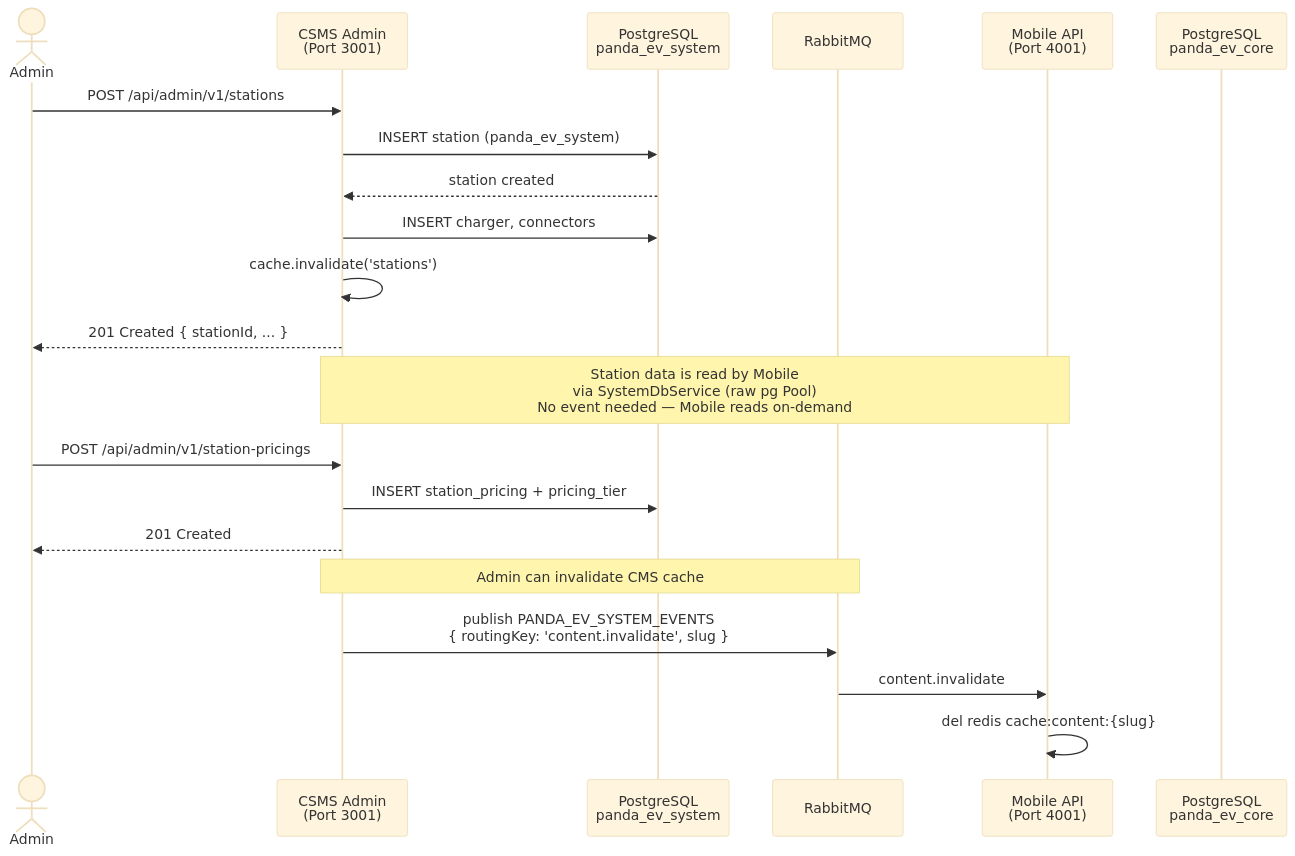
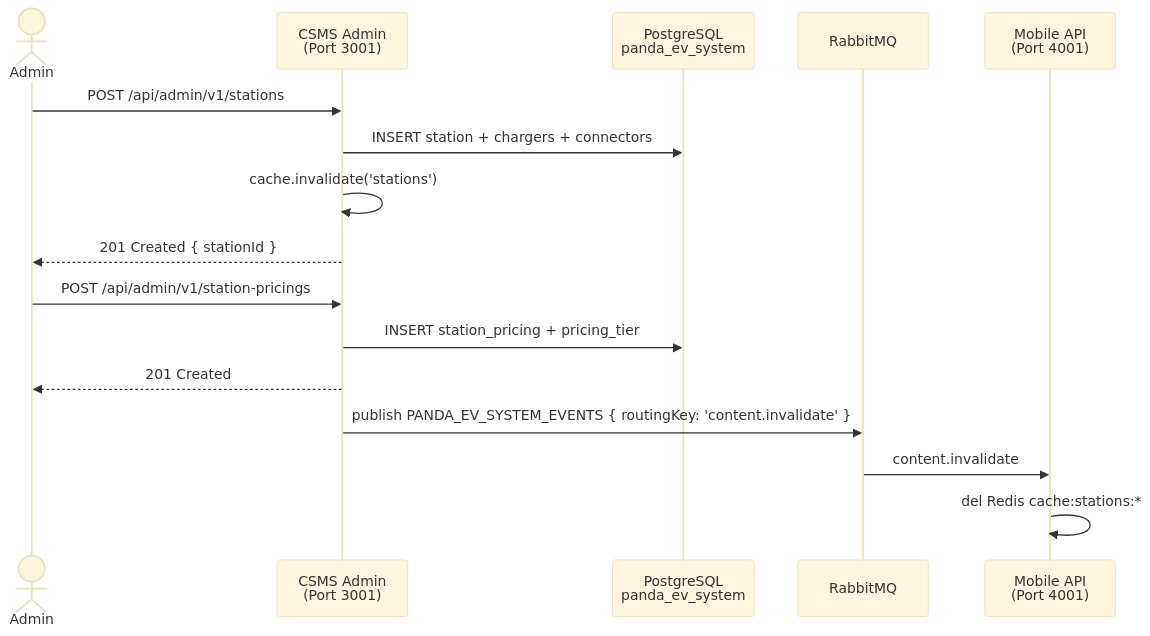
Before and after one commit to kothsada/ev-charge-my-projects: the second of 8 diagrams in docs/ev-charging-architecture.md, drawn with Mermaid (base theme). The commit also changed other lines of this file and 49 other files, not shown here.

````diff
--- a/docs/ev-charging-architecture.md
+++ b/docs/ev-charging-architecture.md
@@ -444,27 +522,21 @@
 ```mermaid
 sequenceDiagram
     actor Admin
     participant CSMS as CSMS Admin<br/>(Port 3001)
     participant DB_A as PostgreSQL<br/>panda_ev_system
     participant MQ as RabbitMQ
     participant Mobile as Mobile API<br/>(Port 4001)
-    participant DB_M as PostgreSQL<br/>panda_ev_core
 
     Admin->>CSMS: POST /api/admin/v1/stations
-    CSMS->>DB_A: INSERT station (panda_ev_system)
-    DB_A-->>CSMS: station created
-    CSMS->>DB_A: INSERT charger, connectors
+    CSMS->>DB_A: INSERT station + chargers + connectors
     CSMS->>CSMS: cache.invalidate('stations')
-    CSMS-->>Admin: 201 Created { stationId, ... }
-
-    Note over CSMS,Mobile: Station data is read by Mobile<br/>via SystemDbService (raw pg Pool)<br/>No event needed — Mobile reads on-demand
+    CSMS-->>Admin: 201 Created { stationId }
 
     Admin->>CSMS: POST /api/admin/v1/station-pricings
     CSMS->>DB_A: INSERT station_pricing + pricing_tier
     CSMS-->>Admin: 201 Created
 
-    Note over CSMS,MQ: Admin can invalidate CMS cache
-    CSMS->>MQ: publish PANDA_EV_SYSTEM_EVENTS<br/>{ routingKey: 'content.invalidate', slug }
+    CSMS->>MQ: publish PANDA_EV_SYSTEM_EVENTS { routingKey: 'content.invalidate' }
     MQ->>Mobile: content.invalidate
-    Mobile->>Mobile: del redis cache:content:{slug}
+    Mobile->>Mobile: del Redis cache:stations:*
 ```
````
